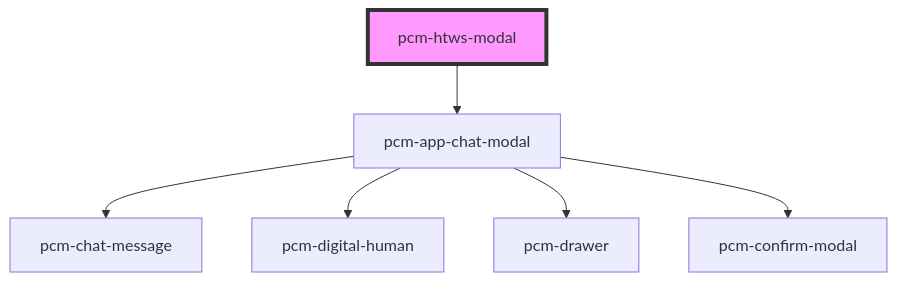
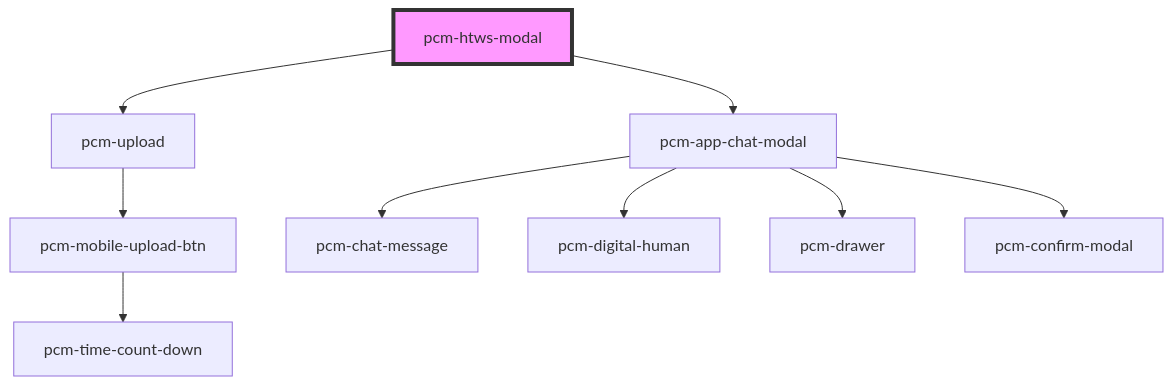
The diagram in packages/pcm-agents/docs/components/pcm-htws-modal/readme.md (Pincaimao/pcm-agents-sdk), drawn with Mermaid before and after one commit. The commit also changed other lines of this file and 20 other files, not shown here.

````diff
--- a/packages/pcm-agents/docs/components/pcm-htws-modal/readme.md
+++ b/packages/pcm-agents/docs/components/pcm-htws-modal/readme.md
@@ -48,9 +50,12 @@
 ```mermaid
 graph TD;
+  pcm-htws-modal --> pcm-upload
   pcm-htws-modal --> pcm-app-chat-modal
+  pcm-upload --> pcm-mobile-upload-btn
+  pcm-mobile-upload-btn --> pcm-time-count-down
   pcm-app-chat-modal --> pcm-chat-message
   pcm-app-chat-modal --> pcm-digital-human
   pcm-app-chat-modal --> pcm-drawer
   pcm-app-chat-modal --> pcm-confirm-modal
   style pcm-htws-modal fill:#f9f,stroke:#333,stroke-width:4px
 ```
````
